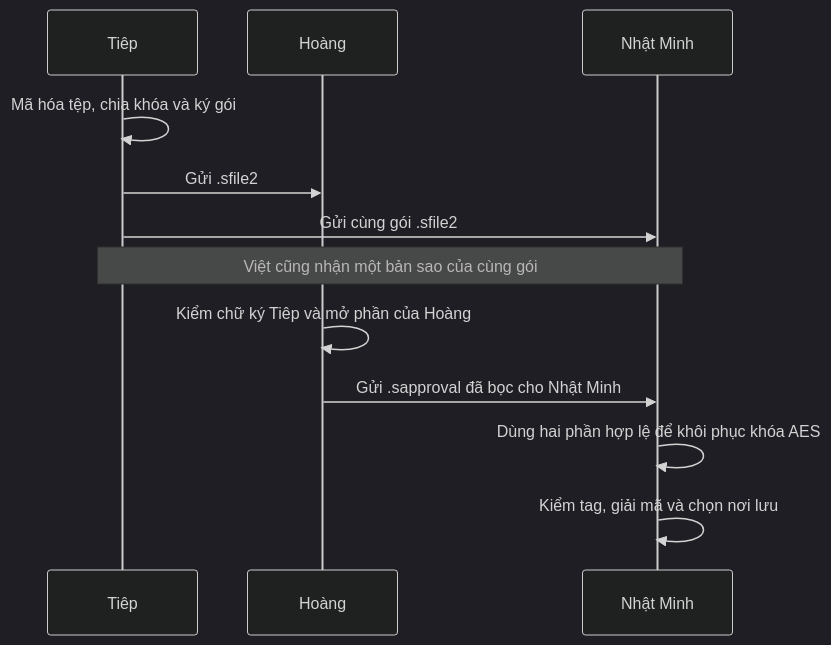
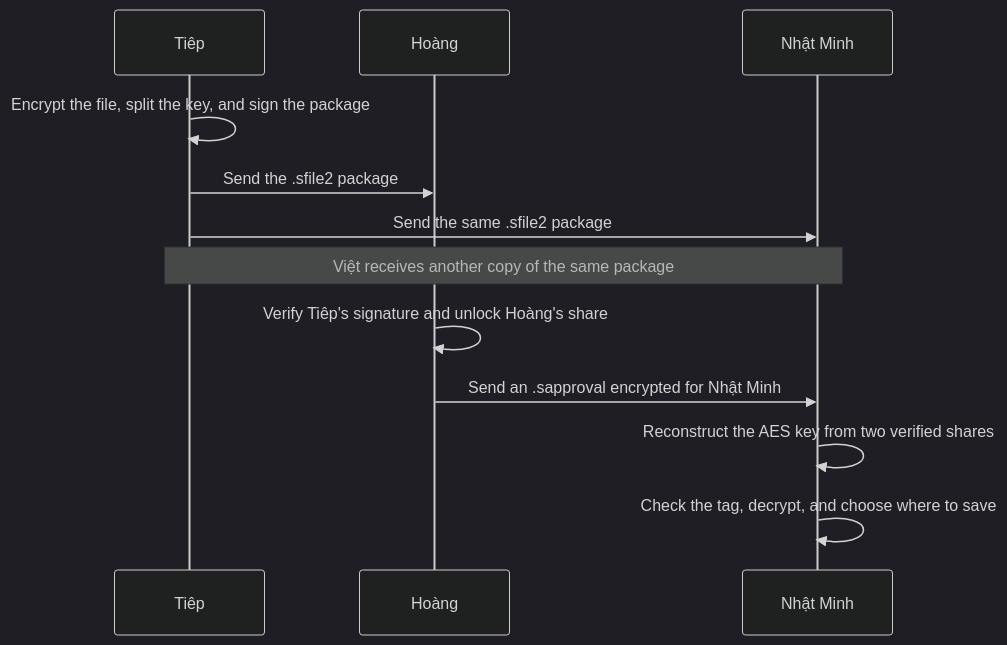
Before and after one commit to lebatiep/Shared-Files-Security: the second of 2 diagrams in README.md, drawn with Mermaid (dark theme). The commit also changed other lines of this file, not shown here.

````diff
--- a/README.md
+++ b/README.md
@@ -56,14 +56,14 @@
 ```mermaid
 sequenceDiagram
     participant T as Tiêp
     participant H as Hoàng
     participant N as Nhật Minh
-    T->>T: Mã hóa tệp, chia khóa và ký gói
-    T->>H: Gửi .sfile2
-    T->>N: Gửi cùng gói .sfile2
-    Note over T,N: Việt cũng nhận một bản sao của cùng gói
-    H->>H: Kiểm chữ ký Tiêp và mở phần của Hoàng
-    H->>N: Gửi .sapproval đã bọc cho Nhật Minh
-    N->>N: Dùng hai phần hợp lệ để khôi phục khóa AES
-    N->>N: Kiểm tag, giải mã và chọn nơi lưu
+    T->>T: Encrypt the file, split the key, and sign the package
+    T->>H: Send the .sfile2 package
+    T->>N: Send the same .sfile2 package
+    Note over T,N: Việt receives another copy of the same package
+    H->>H: Verify Tiêp's signature and unlock Hoàng's share
+    H->>N: Send an .sapproval encrypted for Nhật Minh
+    N->>N: Reconstruct the AES key from two verified shares
+    N->>N: Check the tag, decrypt, and choose where to save
 ```
````
